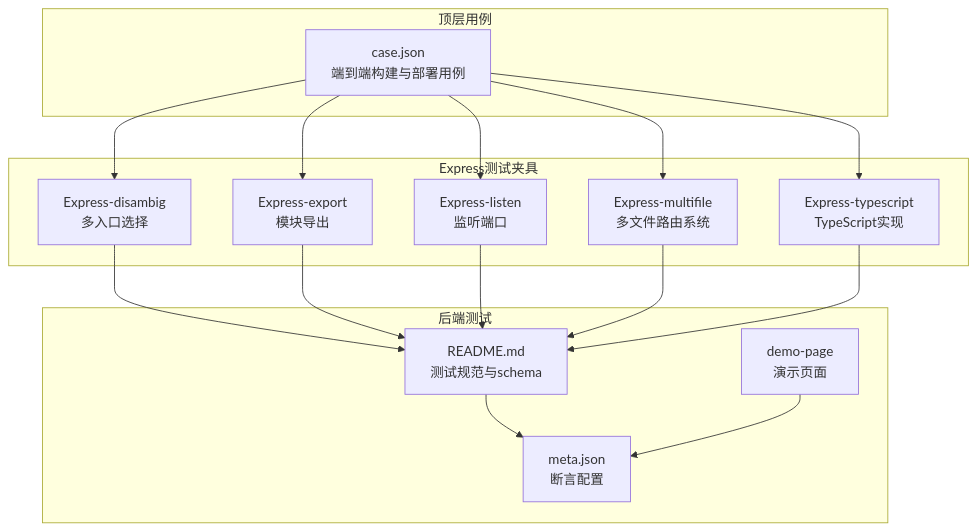
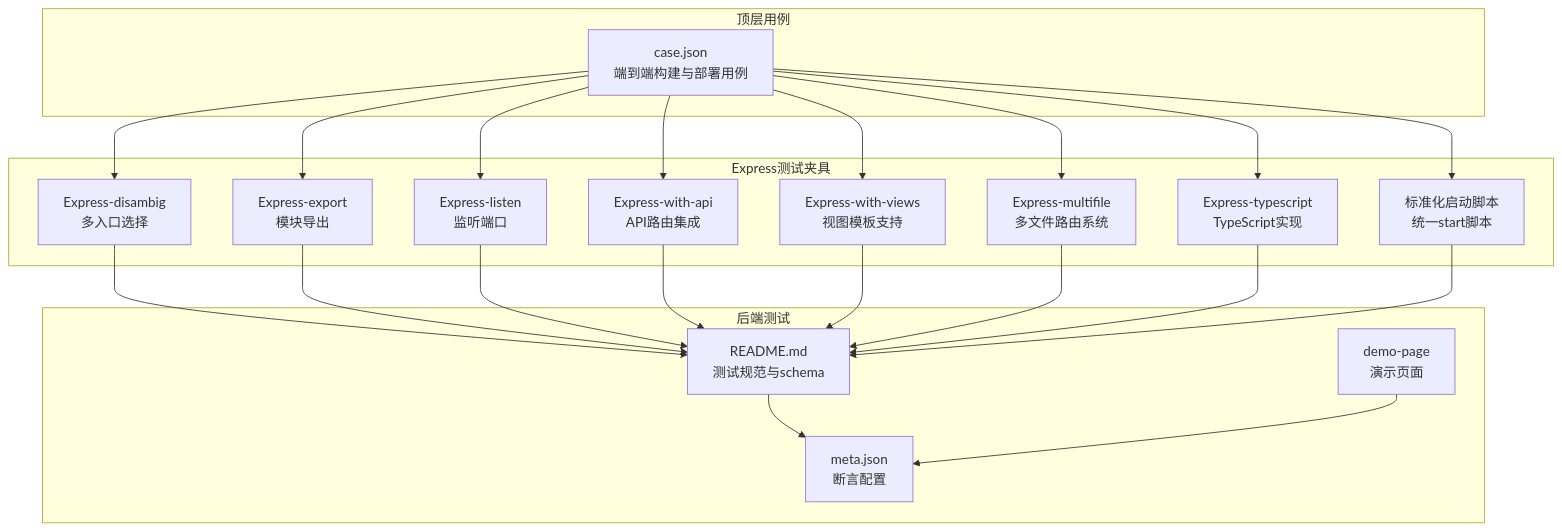
The first of 12 diagrams in .qoder/repowiki/zh/content/后端框架测试/Express框架测试.md (esa-sp/test-for-aone-ci), drawn with Mermaid before and after one commit. The commit also changed other lines of this file and 15 other files, not shown here.

````diff
--- a/.qoder/repowiki/zh/content/后端框架测试/Express框架测试.md
+++ b/.qoder/repowiki/zh/content/后端框架测试/Express框架测试.md
@@ -48,30 +58,39 @@
 ```mermaid
 graph TB
 subgraph "Express测试夹具"
 D["Express-disambig<br/>多入口选择"]
 E["Express-export<br/>模块导出"]
 L["Express-listen<br/>监听端口"]
+A["Express-with-api<br/>API路由集成"]
+V["Express-with-views<br/>视图模板支持"]
 M["Express-multifile<br/>多文件路由系统"]
 T["Express-typescript<br/>TypeScript实现"]
+S["标准化启动脚本<br/>统一start脚本"]
 end
 subgraph "后端测试"
 RT["README.md<br/>测试规范与schema"]
 ME["meta.json<br/>断言配置"]
 DP["demo-page<br/>演示页面"]
 end
 subgraph "顶层用例"
 CJ["case.json<br/>端到端构建与部署用例"]
 end
 D --> RT
 E --> RT
 L --> RT
+A --> RT
+V --> RT
 M --> RT
 T --> RT
+S --> RT
 RT --> ME
 DP --> ME
 CJ --> D
 CJ --> E
 CJ --> L
+CJ --> A
+CJ --> V
 CJ --> M
 CJ --> T
+CJ --> S
 ```
````
